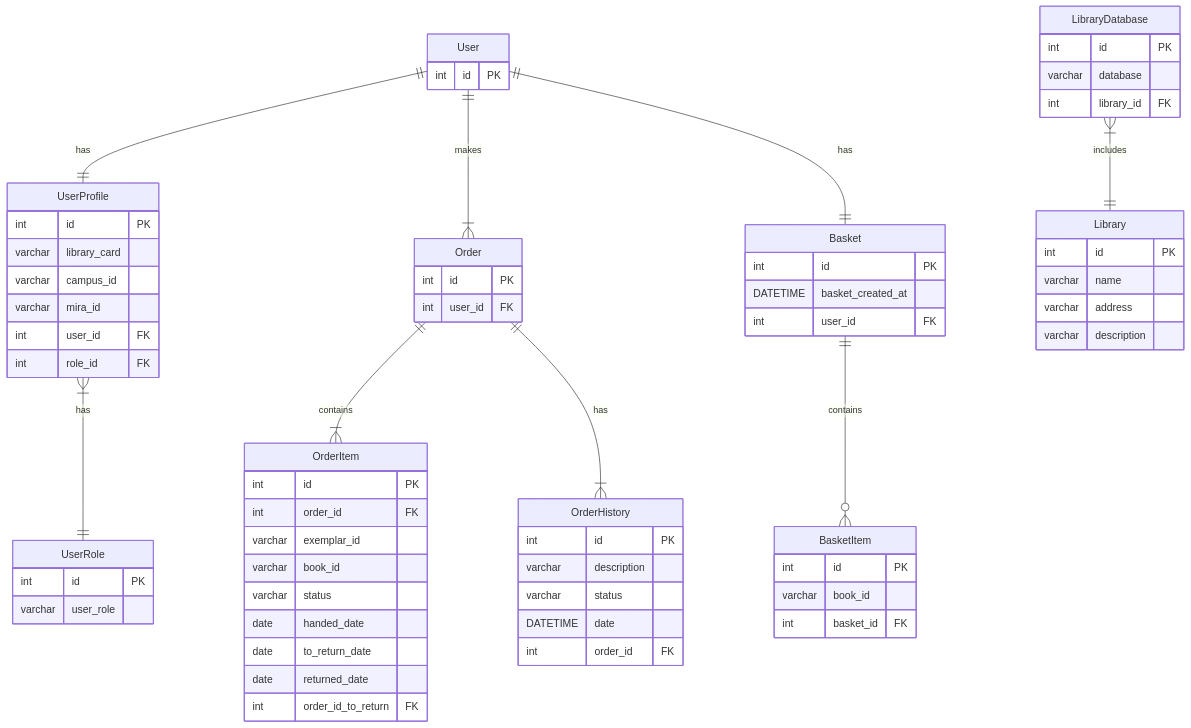
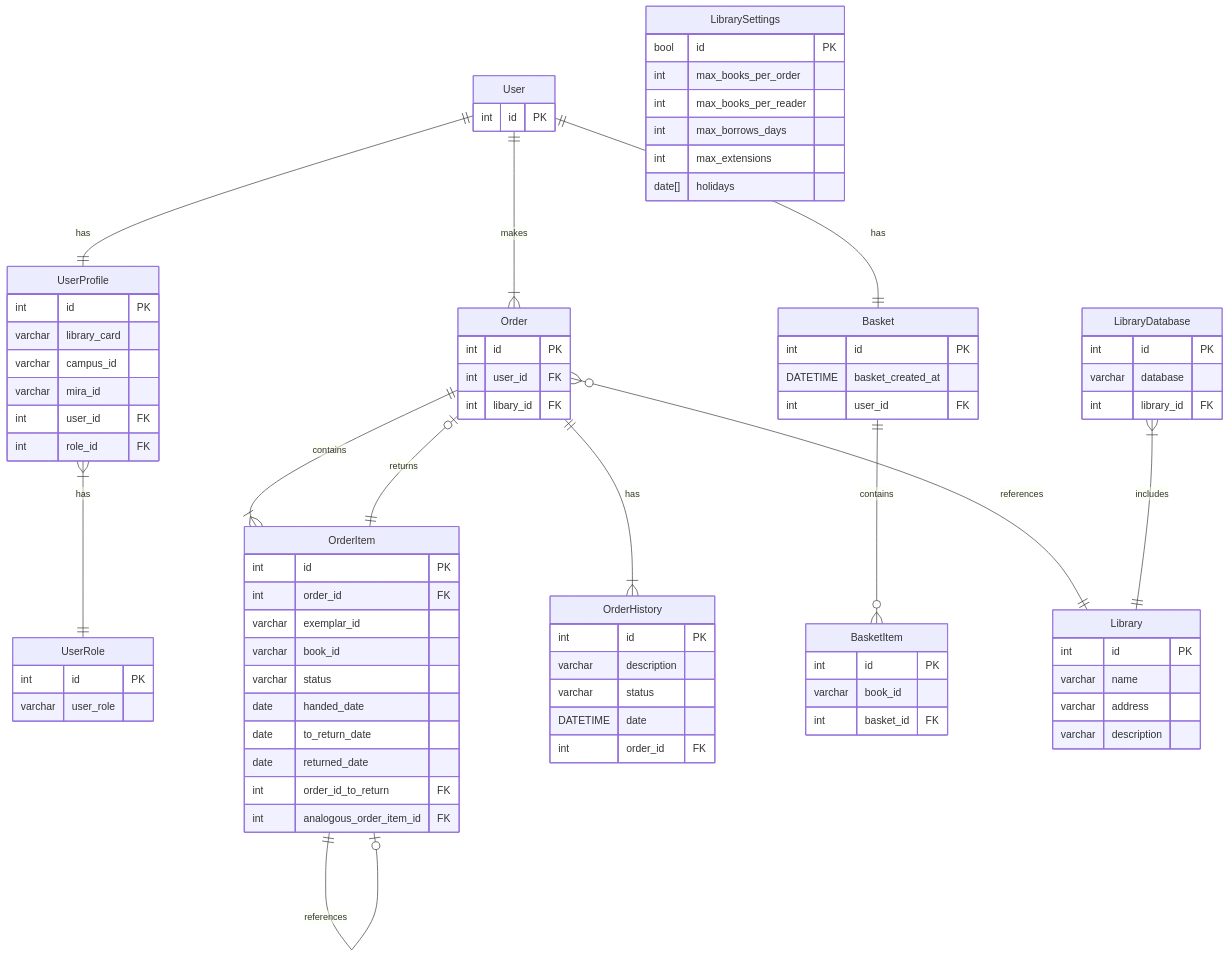
Before and after one commit to nnn1ki/library-online: the second of 2 diagrams in README.md, drawn with Mermaid. The commit also changed 1 other file, not shown here.

Commit message:
Start rewriting docs

````diff
--- a/README.md
+++ b/README.md
@@ -38,7 +38,10 @@
     Order ||--|{ OrderItem : contains
     Order ||--|{ OrderHistory : has
     Basket ||--o{ BasketItem : contains
-    
+    OrderItem ||--o| OrderItem : references
+    OrderItem ||--o| Order : returns
+    Order }o--|| Library : references
+
     LibraryDatabase }|--|| Library : includes
     
     User { 
@@ -74,6 +77,7 @@
     Order {
         int id PK  
         int user_id FK
+        int libary_id FK
     }
 
     OrderHistory {
@@ -94,6 +98,7 @@
         date to_return_date
         date returned_date
         int order_id_to_return FK
+        int analogous_order_item_id FK
     }
 
     Library {
@@ -108,4 +113,13 @@
         varchar database
         int library_id FK
     }
+
+    LibrarySettings {
+        bool id PK
+        int max_books_per_order
+        int max_books_per_reader
+        int max_borrows_days
+        int max_extensions
+        date[] holidays
+    }
 ```
````
